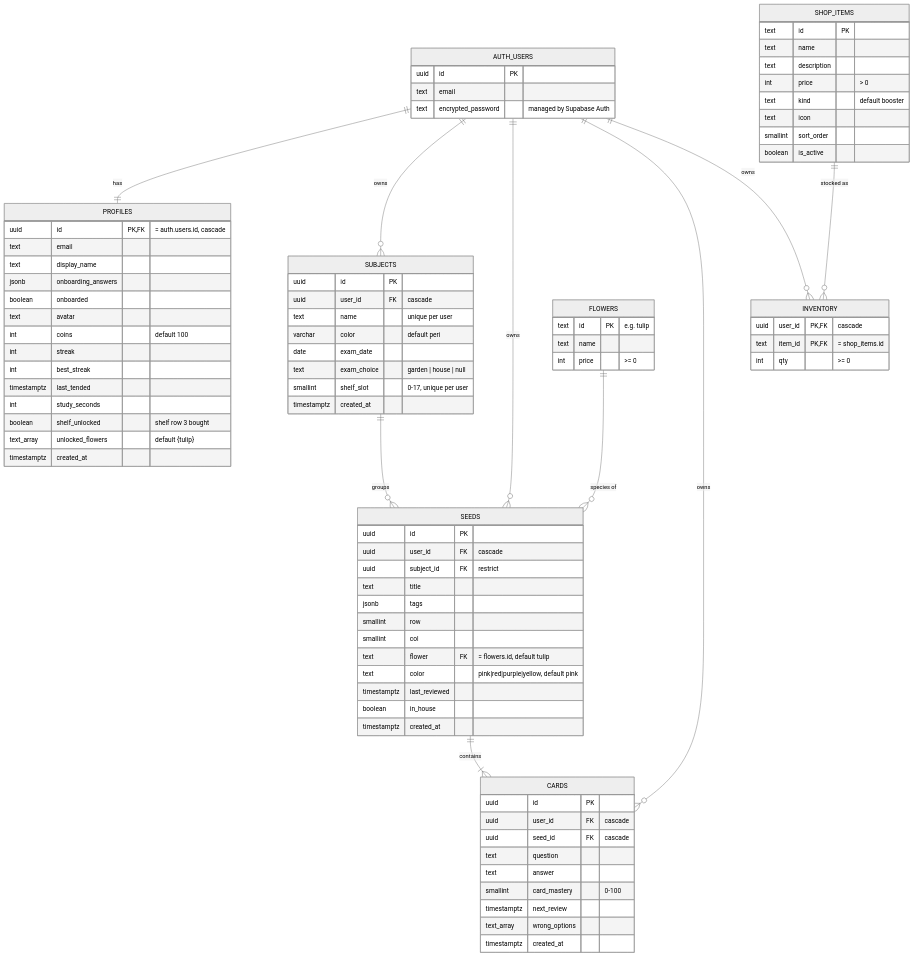
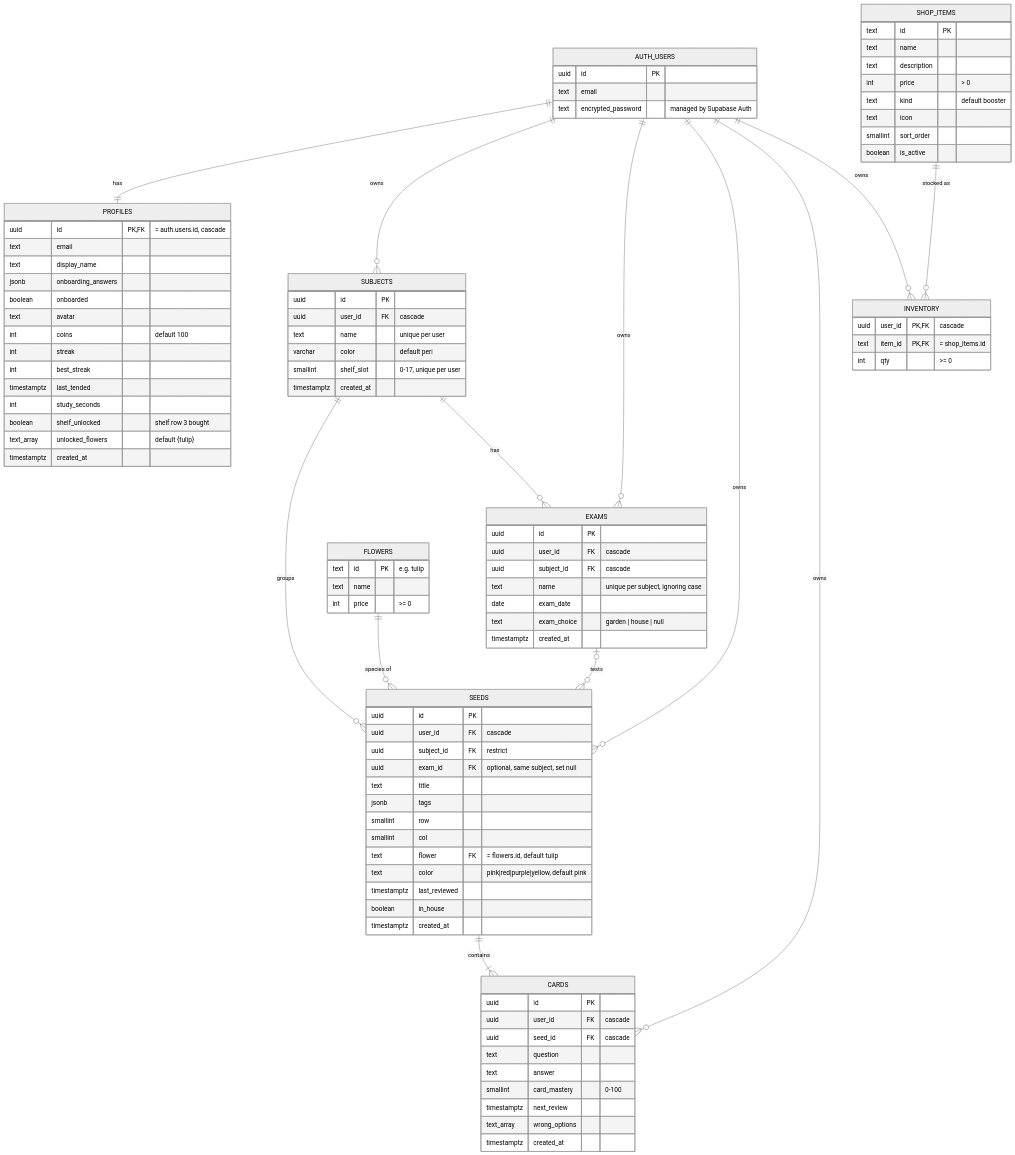
The second of 2 diagrams in Consistent.md (RyanWang088/Memory-Garden), drawn with Mermaid (neutral theme) before and after one commit. The commit also changed other lines of this file and 11 other files, not shown here.

Commit message:
db support multiple exams per subject, removed onboarding's gardener flower

```diff
--- a/Consistent.md
+++ b/Consistent.md
@@ -183,10 +183,13 @@
 erDiagram
     AUTH_USERS ||--|| PROFILES : "has"
     AUTH_USERS ||--o{ SUBJECTS : "owns"
+    AUTH_USERS ||--o{ EXAMS : "owns"
     AUTH_USERS ||--o{ SEEDS : "owns"
     AUTH_USERS ||--o{ CARDS : "owns"
     AUTH_USERS ||--o{ INVENTORY : "owns"
     SUBJECTS ||--o{ SEEDS : "groups"
+    SUBJECTS ||--o{ EXAMS : "has"
+    EXAMS |o--o{ SEEDS : "tests"
     SEEDS ||--|{ CARDS : "contains"
     FLOWERS ||--o{ SEEDS : "species of"
     SHOP_ITEMS ||--o{ INVENTORY : "stocked as"
@@ -219,9 +222,17 @@
         uuid user_id FK "cascade"
         text name "unique per user"
         varchar color "default peri"
+        smallint shelf_slot "0-17, unique per user"
+        timestamptz created_at
+    }
+
+    EXAMS {
+        uuid id PK
+        uuid user_id FK "cascade"
+        uuid subject_id FK "cascade"
+        text name "unique per subject, ignoring case"
         date exam_date
         text exam_choice "garden | house | null"
-        smallint shelf_slot "0-17, unique per user"
         timestamptz created_at
     }
 
@@ -229,6 +240,7 @@
         uuid id PK
         uuid user_id FK "cascade"
         uuid subject_id FK "restrict"
+        uuid exam_id FK "optional, same subject, set null"
         text title
         jsonb tags
         smallint row
```
